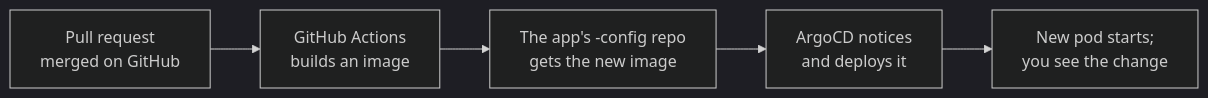
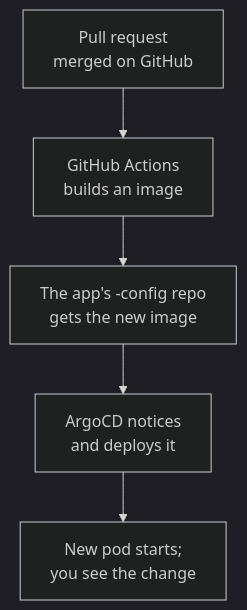
Before and after one commit to SokratesAI/sokrates-docs: the second of 2 diagrams in docs/explanation/platform-map.md, drawn with Mermaid (dark theme). The commit also changed other lines of this file, not shown here.

Commit message:
Platform map: make both diagrams readable on a phone (#50)

````diff
--- a/docs/explanation/platform-map.md
+++ b/docs/explanation/platform-map.md
@@ -97,7 +84,7 @@
 ```mermaid
-flowchart LR
+flowchart TD
     pr["Pull request<br/>merged on GitHub"] --> ci["GitHub Actions<br/>builds an image"]
     ci --> cfg["The app's -config repo<br/>gets the new image"]
     cfg --> argo["ArgoCD notices<br/>and deploys it"]
     argo --> pod["New pod starts;<br/>you see the change"]
 ```
````
